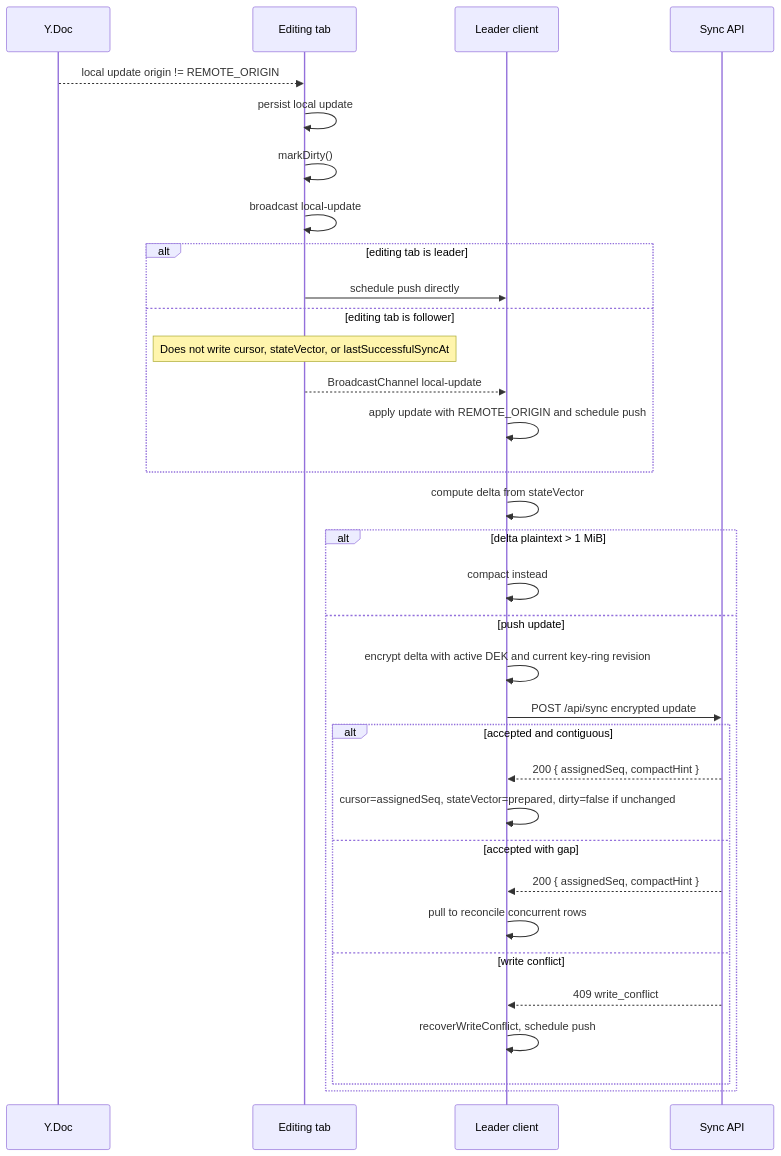
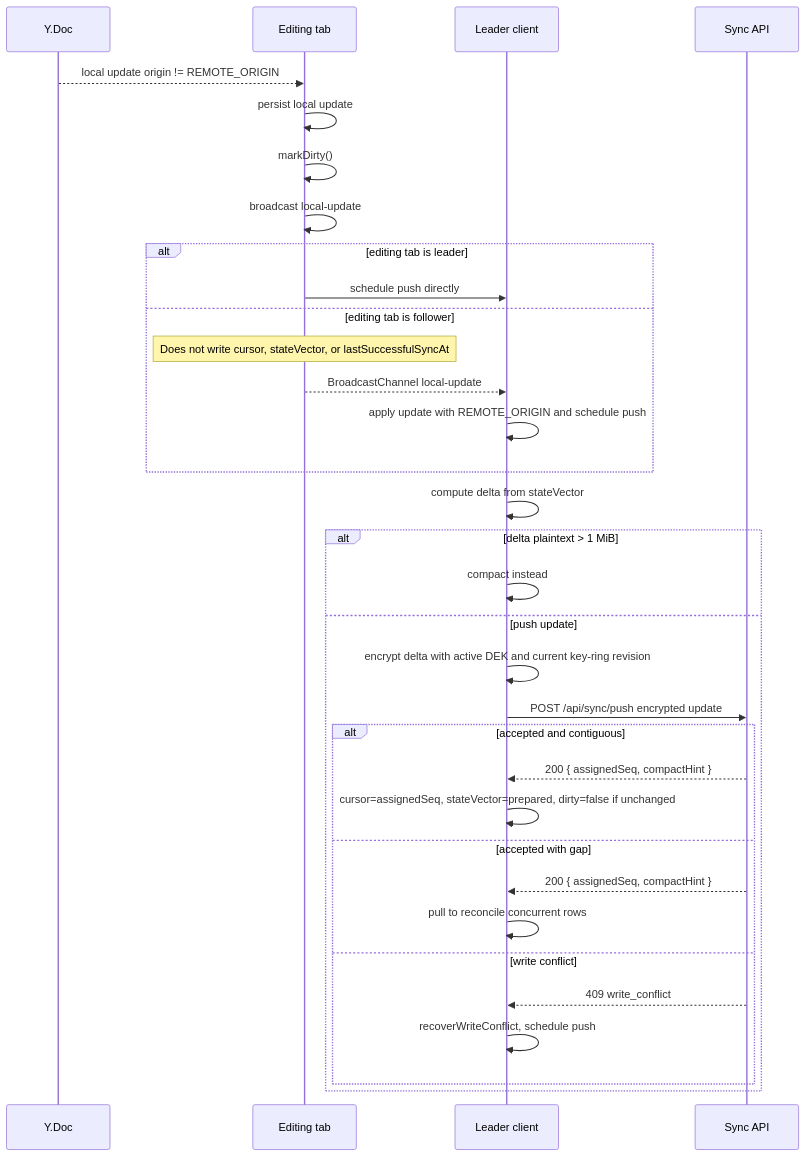
Before and after one commit to balakin/autokpo: the fourth of 7 diagrams in apps/app/docs/sync.md, drawn with Mermaid. The commit also changed other lines of this file and 4 other files, not shown here.

````diff
--- a/apps/app/docs/sync.md
+++ b/apps/app/docs/sync.md
@@ -157,36 +157,36 @@
 ```mermaid
 sequenceDiagram
   participant Y as Y.Doc
   participant T as Editing tab
   participant C as Leader client
   participant S as Sync API
 
   Y-->>T: local update origin != REMOTE_ORIGIN
   T->>T: persist local update
   T->>T: markDirty()
   T->>T: broadcast local-update
   alt editing tab is leader
     T->>C: schedule push directly
   else editing tab is follower
     Note over T: Does not write cursor, stateVector, or lastSuccessfulSyncAt
     T-->>C: BroadcastChannel local-update
     C->>C: apply update with REMOTE_ORIGIN and schedule push
   end
   C->>C: compute delta from stateVector
   alt delta plaintext > 1 MiB
     C->>C: compact instead
   else push update
     C->>C: encrypt delta with active DEK and current key-ring revision
-    C->>S: POST /api/sync encrypted update
+    C->>S: POST /api/sync/push encrypted update
     alt accepted and contiguous
       S-->>C: 200 { assignedSeq, compactHint }
       C->>C: cursor=assignedSeq, stateVector=prepared, dirty=false if unchanged
     else accepted with gap
       S-->>C: 200 { assignedSeq, compactHint }
       C->>C: pull to reconcile concurrent rows
     else write conflict
       S-->>C: 409 write_conflict
       C->>C: recoverWriteConflict, schedule push
     end
   end
 ```
````
